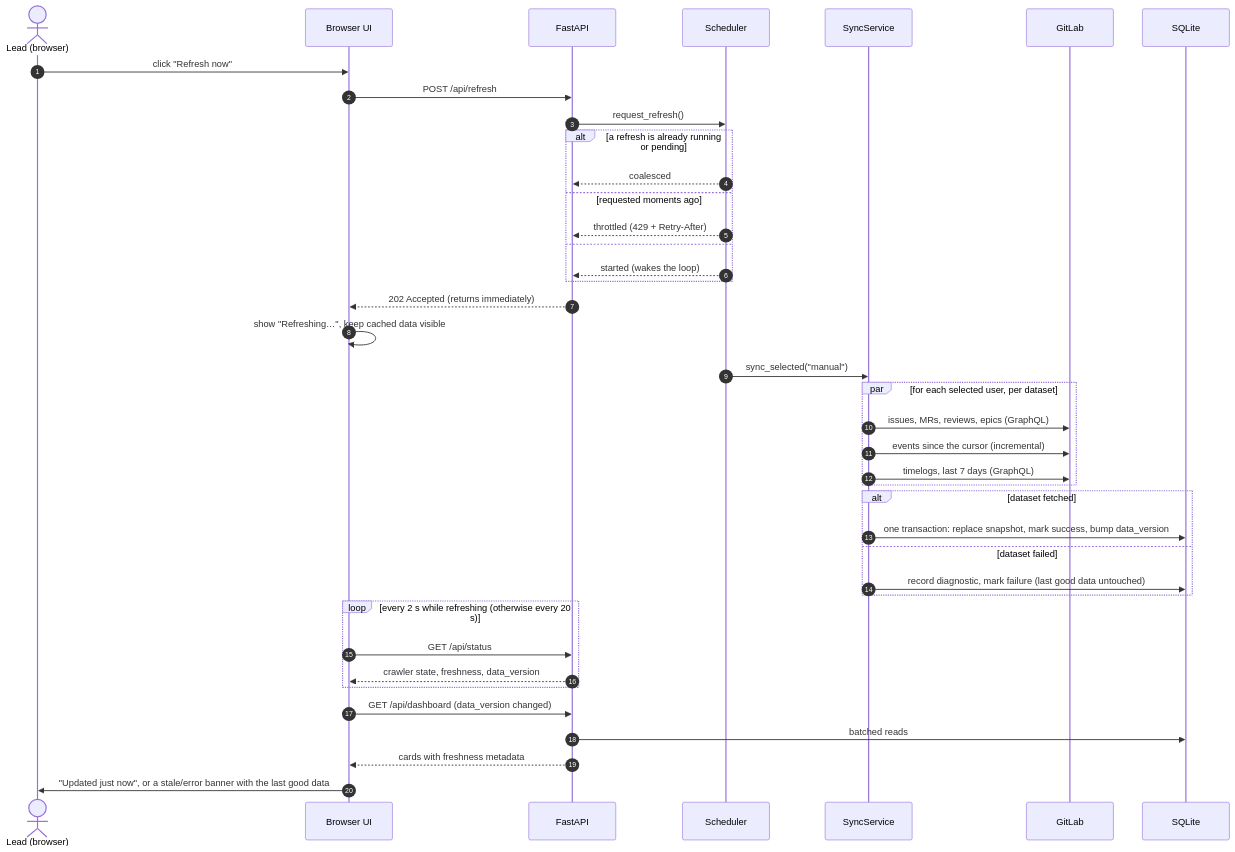
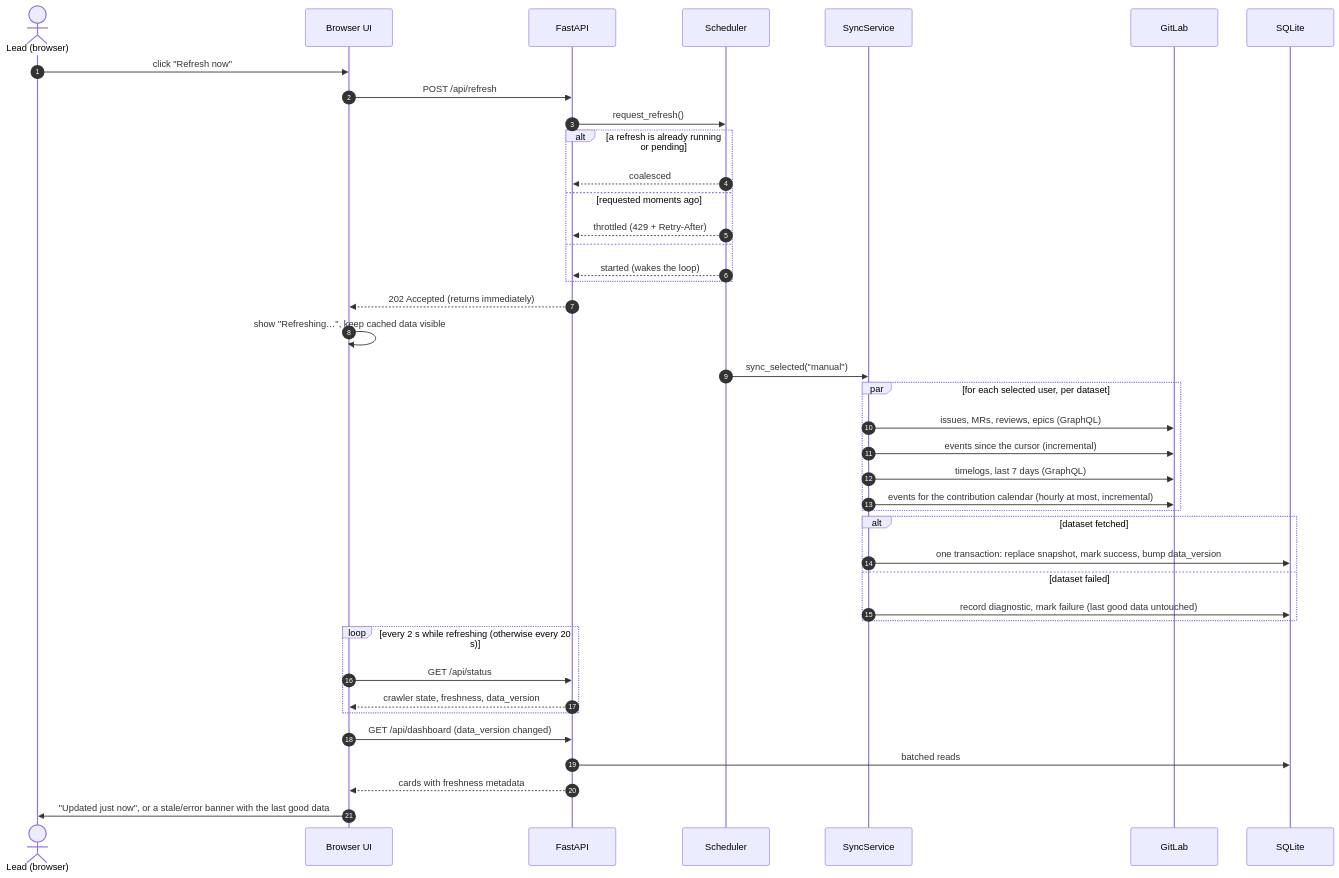
One commit to marcelpetrick/GitLabTeamPulse changed the fourth of 7 diagrams in docs/ARCHITECTURE.md. Above: the diagram before and after it, drawn with Mermaid. The commit also changed other lines of this file and 5 other files, not shown here.

Commit message:
docs: document the contribution calendar in README, architecture and changelog

````diff
--- a/docs/ARCHITECTURE.md
+++ b/docs/ARCHITECTURE.md
@@ -171,43 +171,44 @@
 ```mermaid
 sequenceDiagram
     autonumber
     actor Lead as Lead (browser)
     participant UI as Browser UI
     participant API as FastAPI
     participant Sch as Scheduler
     participant Sync as SyncService
     participant GL as GitLab
     participant DB as SQLite
 
     Lead->>UI: click "Refresh now"
     UI->>API: POST /api/refresh
     API->>Sch: request_refresh()
     alt a refresh is already running or pending
         Sch-->>API: coalesced
     else requested moments ago
         Sch-->>API: throttled (429 + Retry-After)
     else
         Sch-->>API: started (wakes the loop)
     end
     API-->>UI: 202 Accepted (returns immediately)
     UI->>UI: show "Refreshing…", keep cached data visible
     Sch->>Sync: sync_selected("manual")
     par for each selected user, per dataset
         Sync->>GL: issues, MRs, reviews, epics (GraphQL)
         Sync->>GL: events since the cursor (incremental)
         Sync->>GL: timelogs, last 7 days (GraphQL)
+        Sync->>GL: events for the contribution calendar (hourly at most, incremental)
     end
     alt dataset fetched
         Sync->>DB: one transaction: replace snapshot, mark success, bump data_version
     else dataset failed
         Sync->>DB: record diagnostic, mark failure (last good data untouched)
     end
     loop every 2 s while refreshing (otherwise every 20 s)
         UI->>API: GET /api/status
         API-->>UI: crawler state, freshness, data_version
     end
     UI->>API: GET /api/dashboard (data_version changed)
     API->>DB: batched reads
     API-->>UI: cards with freshness metadata
     UI->>Lead: "Updated just now", or a stale/error banner with the last good data
 ```
````
